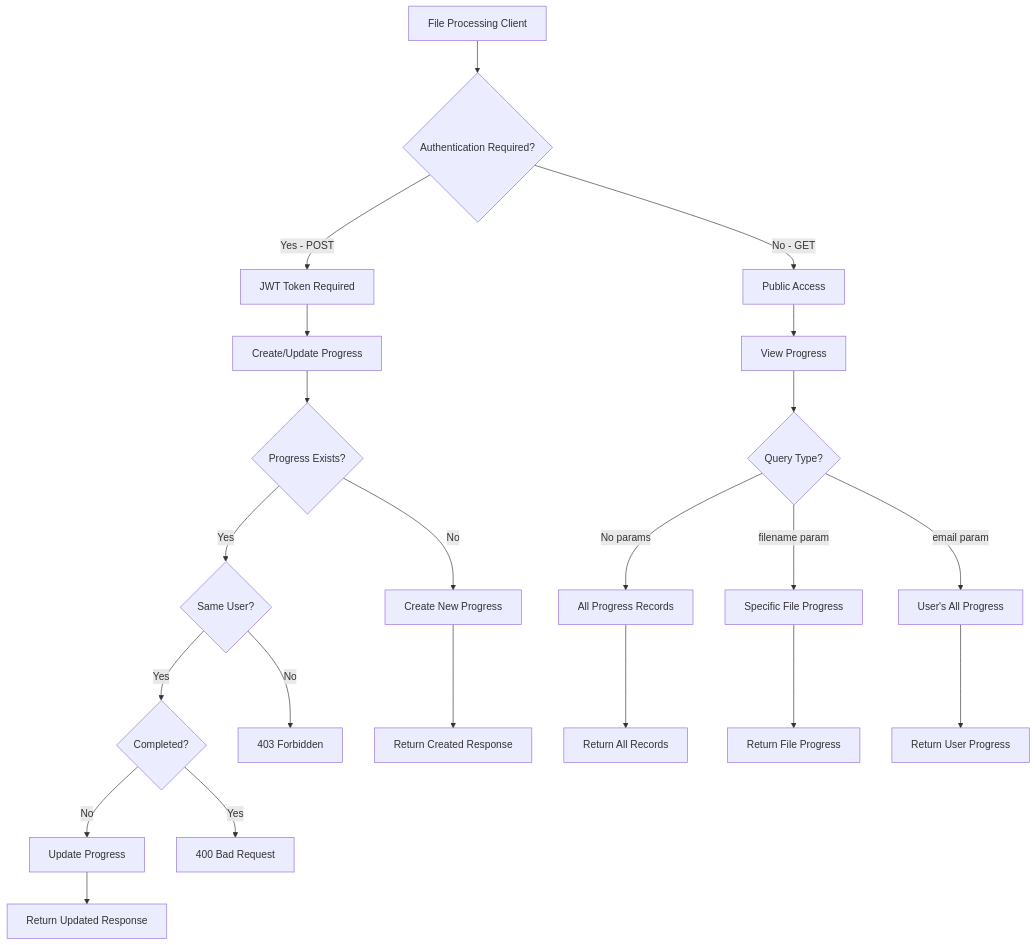
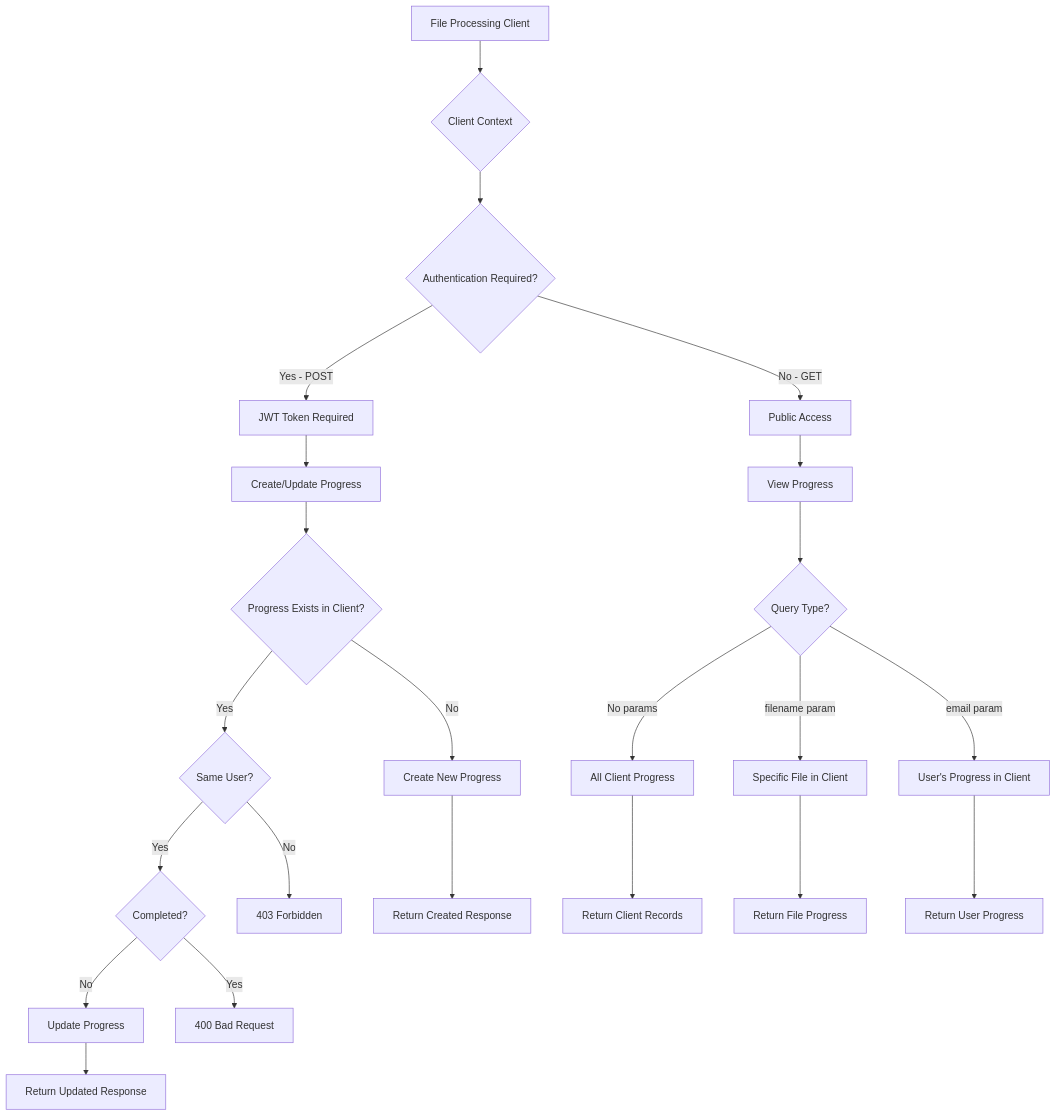
Before and after one commit to pirkus/pebbles: the second of 10 diagrams in use-cases.md, drawn with Mermaid. The commit also changed other lines of this file and 12 other files, not shown here.

````diff
--- a/use-cases.md
+++ b/use-cases.md
@@ -16,27 +40,28 @@
 ```mermaid
 graph TD
-    A[File Processing Client] --> B{Authentication Required?}
+    A[File Processing Client] --> AA{Client Context}
+    AA --> B{Authentication Required?}
     B -->|Yes - POST| C[JWT Token Required]
     B -->|No - GET| D[Public Access]
     
     C --> E[Create/Update Progress]
-    E --> F{Progress Exists?}
+    E --> F{Progress Exists in Client?}
     F -->|No| G[Create New Progress]
     F -->|Yes| H{Same User?}
     H -->|Yes| I{Completed?}
     H -->|No| J[403 Forbidden]
     I -->|No| K[Update Progress]
     I -->|Yes| L[400 Bad Request]
     
     D --> M[View Progress]
     M --> N{Query Type?}
-    N -->|No params| O[All Progress Records]
-    N -->|filename param| P[Specific File Progress]
-    N -->|email param| Q[User's All Progress]
+    N -->|No params| O[All Client Progress]
+    N -->|filename param| P[Specific File in Client]
+    N -->|email param| Q[User's Progress in Client]
     
     G --> R[Return Created Response]
     K --> S[Return Updated Response]
-    O --> T[Return All Records]
+    O --> T[Return Client Records]
     P --> U[Return File Progress]
     Q --> V[Return User Progress]
 ```
````
